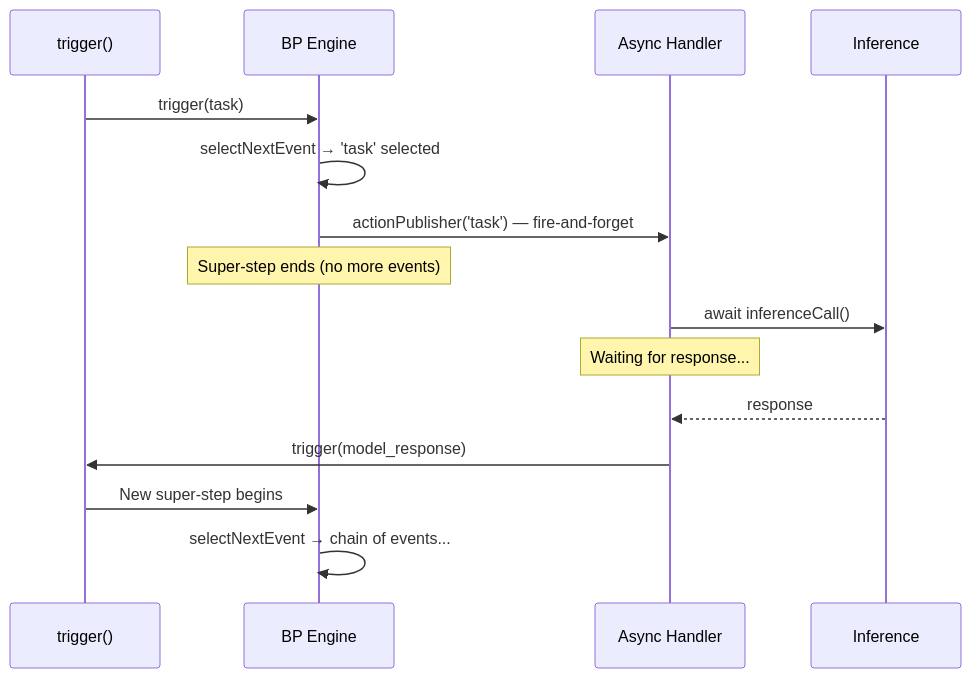
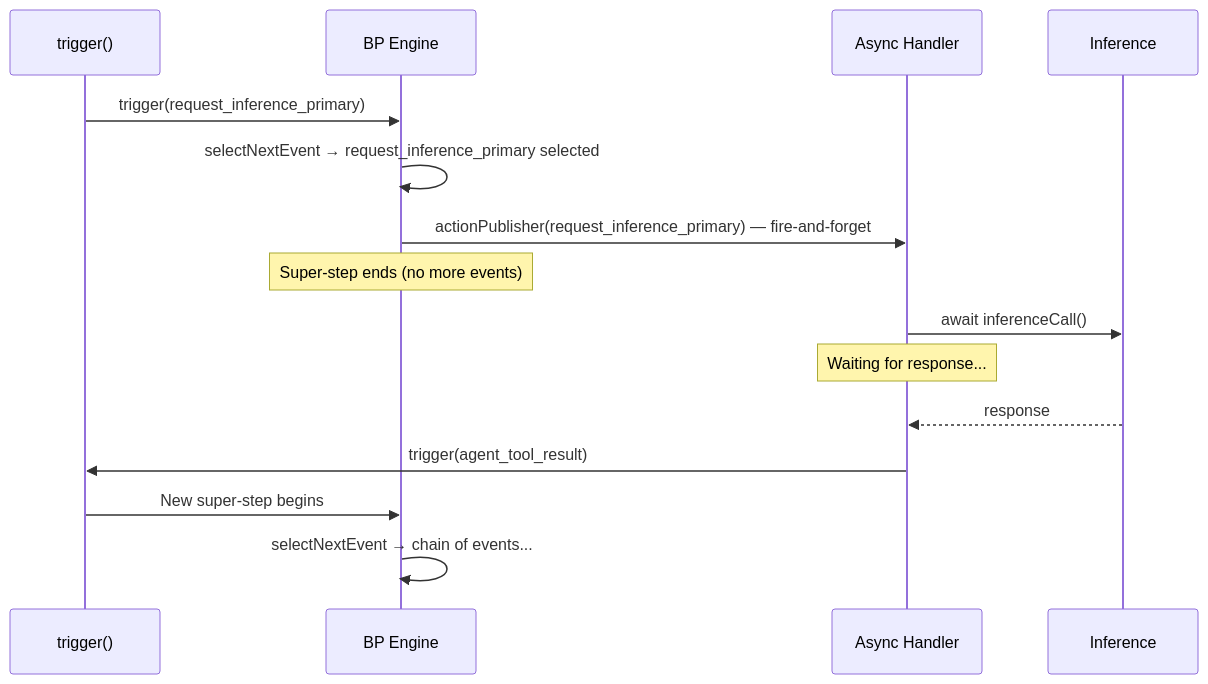
Before and after one commit to plaited/plaited: the third of 3 diagrams in skills/behavioral-core/references/algorithm-reference.md, drawn with Mermaid. The commit also changed other lines of this file and 6 other files, not shown here.

````diff
--- a/skills/behavioral-core/references/algorithm-reference.md
+++ b/skills/behavioral-core/references/algorithm-reference.md
@@ -327,18 +332,18 @@
 ```mermaid
 sequenceDiagram
     participant T as trigger()
     participant BP as BP Engine
     participant H as Async Handler
     participant INF as Inference
 
-    T->>BP: trigger(task)
-    BP->>BP: selectNextEvent → 'task' selected
-    BP->>H: actionPublisher('task') — fire-and-forget
+    T->>BP: trigger(request_inference_primary)
+    BP->>BP: selectNextEvent → request_inference_primary selected
+    BP->>H: actionPublisher(request_inference_primary) — fire-and-forget
     Note over BP: Super-step ends (no more events)
     H->>INF: await inferenceCall()
     Note over H: Waiting for response...
     INF-->>H: response
-    H->>T: trigger(model_response)
+    H->>T: trigger(agent_tool_result)
     T->>BP: New super-step begins
     BP->>BP: selectNextEvent → chain of events...
 ```
````
